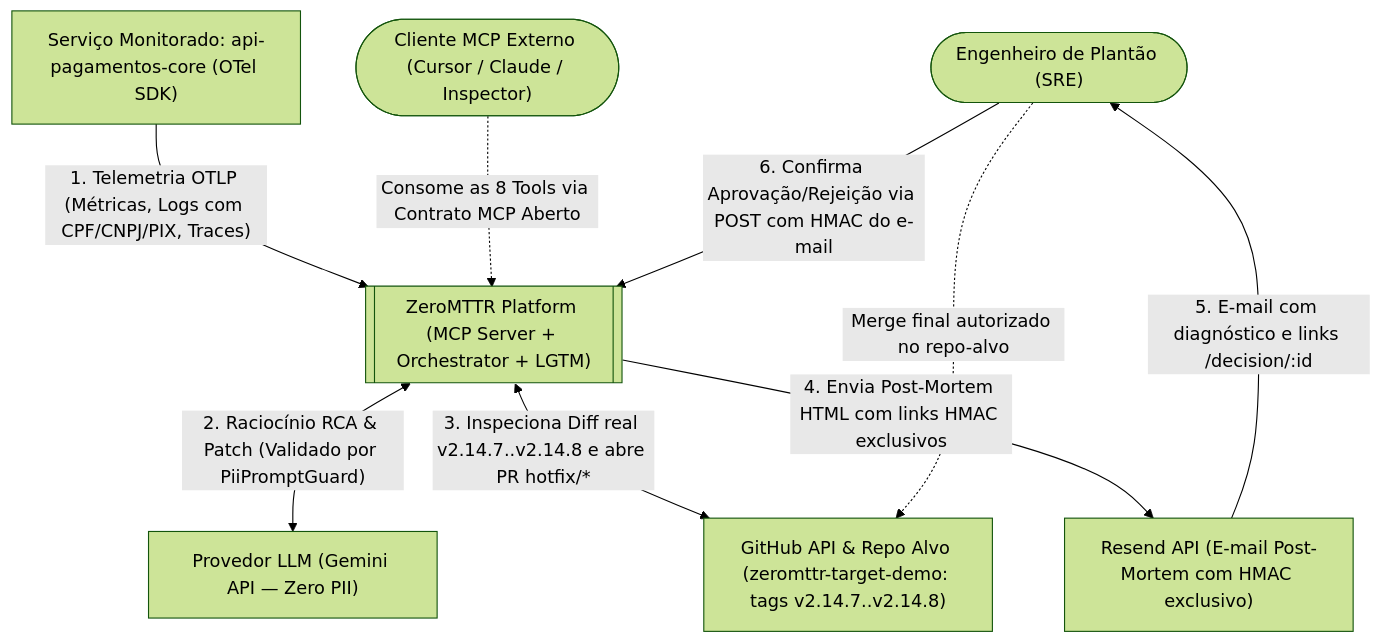
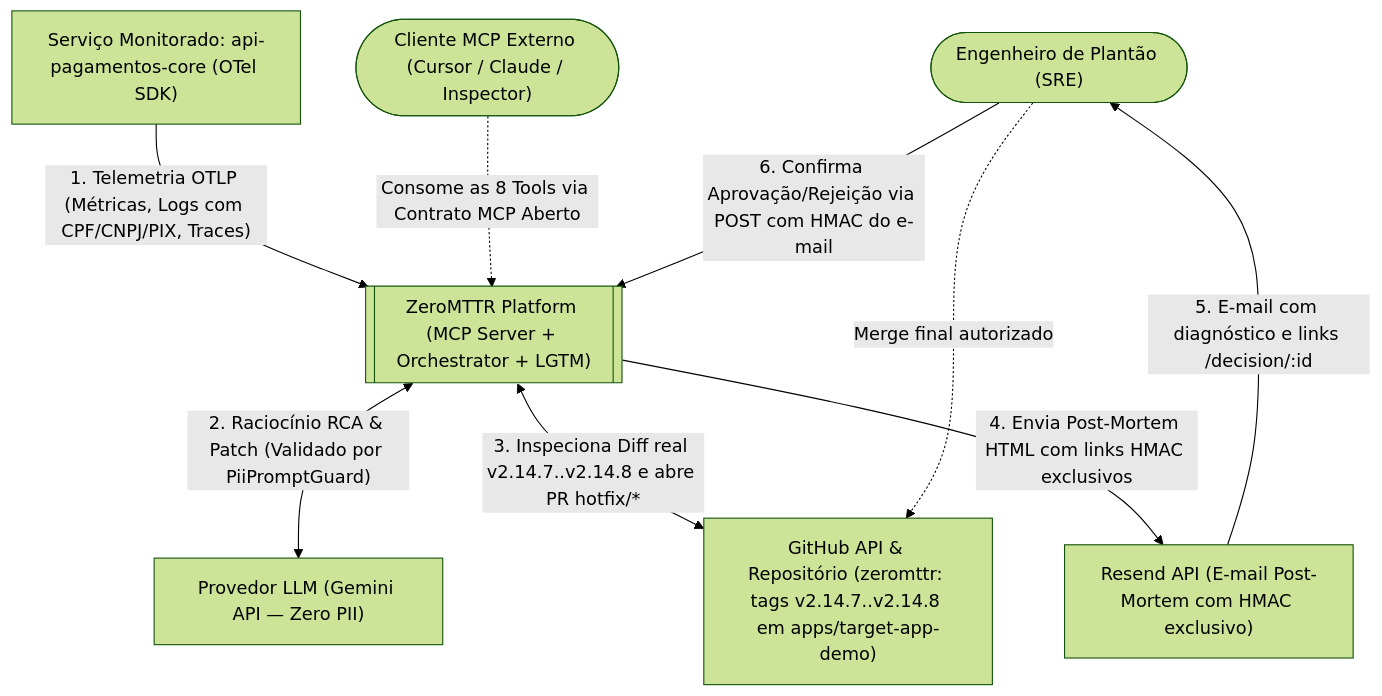
Before and after one commit to AdmilsonGoncalves/zeromttr: the first of 4 diagrams in docs/pt-BR/00_architecture_master.md, drawn with Mermaid (forest theme). The commit also changed other lines of this file and 10 other files, not shown here.

Commit message:
docs: consolidate single-repo release branch strategy (release/target-v2.14.8) in AdmilsonGoncalves/zeromttr

````diff
--- a/docs/pt-BR/00_architecture_master.md
+++ b/docs/pt-BR/00_architecture_master.md
@@ -123,19 +122,19 @@
 ```mermaid
 flowchart TD
     SRE(["Engenheiro de Plantão (SRE)"])
     EXT_MCP(["Cliente MCP Externo (Cursor / Claude / Inspector)"])
     APP["Serviço Monitorado: api-pagamentos-core (OTel SDK)"]
     ZMT[["ZeroMTTR Platform (MCP Server + Orchestrator + LGTM)"]]
     LLM["Provedor LLM (Gemini API — Zero PII)"]
-    GH["GitHub API & Repo Alvo (zeromttr-target-demo: tags v2.14.7..v2.14.8)"]
+    GH["GitHub API & Repositório (zeromttr: tags v2.14.7..v2.14.8 em apps/target-app-demo)"]
     RS["Resend API (E-mail Post-Mortem com HMAC exclusivo)"]
 
     APP -->|"1. Telemetria OTLP (Métricas, Logs com CPF/CNPJ/PIX, Traces)"| ZMT
     EXT_MCP -.->|"Consome as 8 Tools via Contrato MCP Aberto"| ZMT
     ZMT <-->|"2. Raciocínio RCA & Patch (Validado por PiiPromptGuard)"| LLM
     ZMT <-->|"3. Inspeciona Diff real v2.14.7..v2.14.8 e abre PR hotfix/*"| GH
     ZMT -->|"4. Envia Post-Mortem HTML com links HMAC exclusivos"| RS
     RS -->|"5. E-mail com diagnóstico e links /decision/:id"| SRE
     SRE -->|"6. Confirma Aprovação/Rejeição via POST com HMAC do e-mail"| ZMT
-    SRE -.->|"Merge final autorizado no repo-alvo"| GH
+    SRE -.->|"Merge final autorizado"| GH
 ```
````
